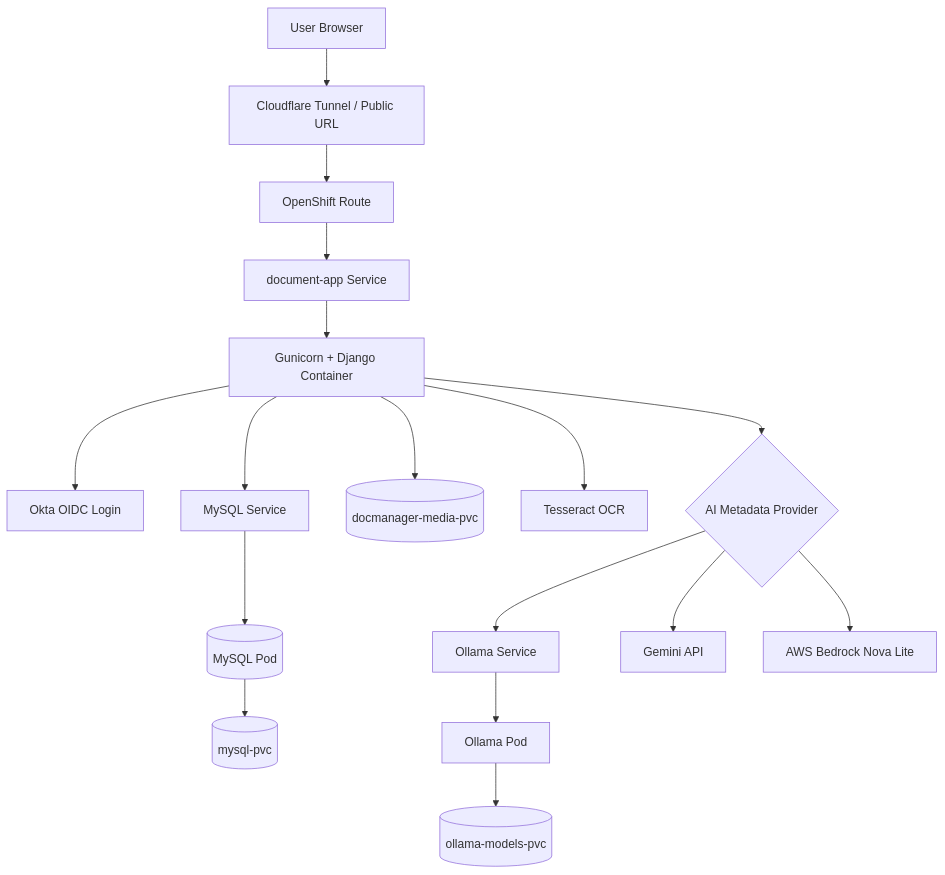
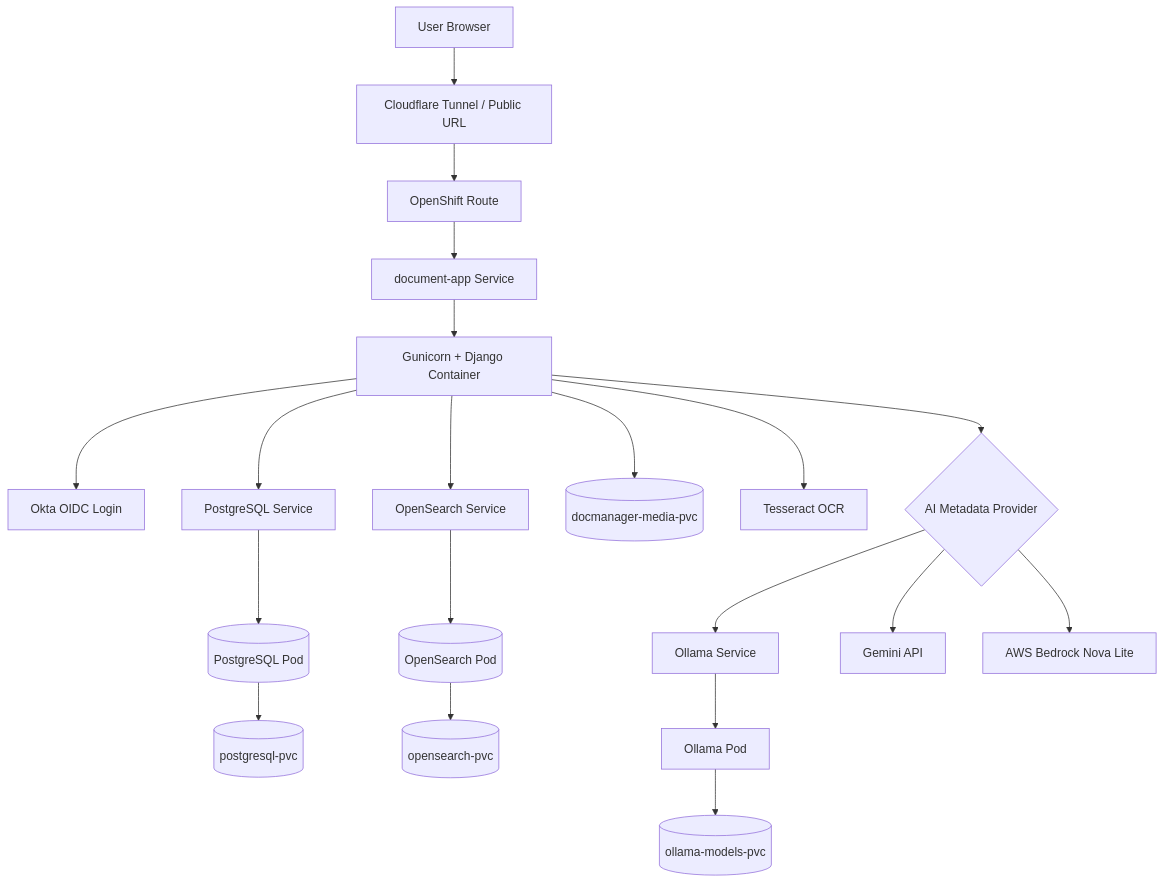
Before and after one commit to khaliqueaws-creator/document-management: the first of 3 diagrams in docs/architecture.md, drawn with Mermaid. The commit also changed other lines of this file and 19 other files, not shown here.

Commit message:
Switch semantic search to OpenSearch

````diff
--- a/docs/architecture.md
+++ b/docs/architecture.md
@@ -9,22 +9,26 @@
 ```mermaid
 flowchart TB
     User[User Browser] --> CF[Cloudflare Tunnel / Public URL]
     CF --> Route[OpenShift Route]
     Route --> SVC[document-app Service]
     SVC --> App[Gunicorn + Django Container]
 
     App --> Okta[Okta OIDC Login]
-    App --> MySQLSvc[MySQL Service]
-    MySQLSvc --> MySQL[(MySQL Pod)]
-    MySQL --> MySQLPVC[(mysql-pvc)]
+    App --> PostgreSQLSvc[PostgreSQL Service]
+    PostgreSQLSvc --> PostgreSQL[(PostgreSQL Pod)]
+    PostgreSQL --> PostgreSQLPVC[(postgresql-pvc)]
+
+    App --> OpenSearchSvc[OpenSearch Service]
+    OpenSearchSvc --> OpenSearch[(OpenSearch Pod)]
+    OpenSearch --> OpenSearchPVC[(opensearch-pvc)]
 
     App --> MediaPVC[(docmanager-media-pvc)]
     App --> Tesseract[Tesseract OCR]
 
     App --> AIChoice{AI Metadata Provider}
     AIChoice --> OllamaSvc[Ollama Service]
     AIChoice --> Gemini[Gemini API]
     AIChoice --> Bedrock[AWS Bedrock Nova Lite]
     OllamaSvc --> Ollama[Ollama Pod]
     Ollama --> OllamaPVC[(ollama-models-pvc)]
 ```
````
